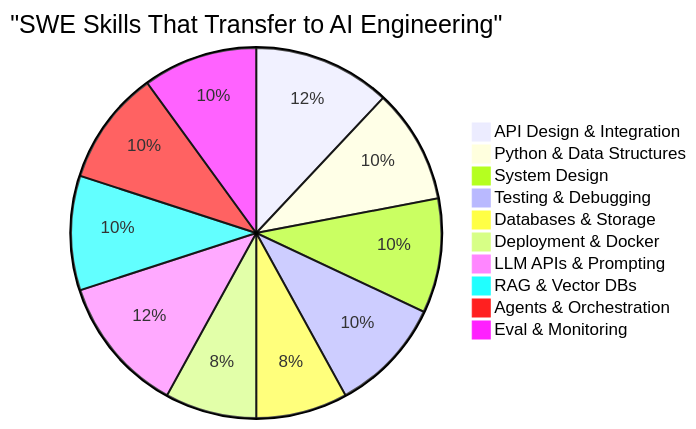
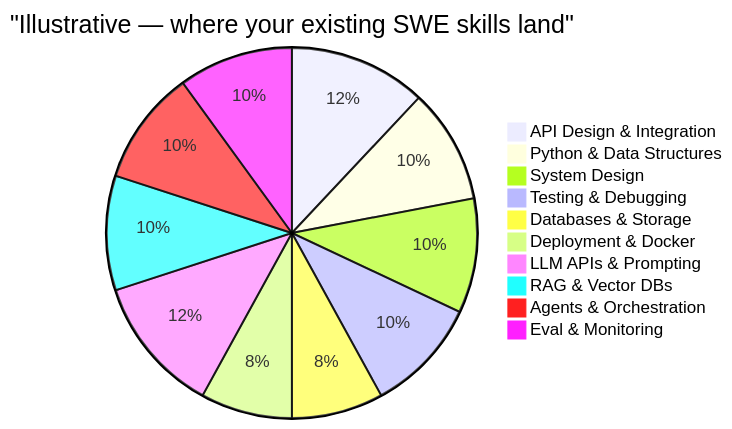
Before and after one commit to akshkr/akashnotes: the third of 5 diagrams in Phase_0_Getting_Started/Day_001_ai_engineering_career_map/ai_engineering_career_map.md, drawn with Mermaid. The commit also changed other lines of this file and 95 other files, not shown here.

````diff
--- a/Phase_0_Getting_Started/Day_001_ai_engineering_career_map/ai_engineering_career_map.md
+++ b/Phase_0_Getting_Started/Day_001_ai_engineering_career_map/ai_engineering_career_map.md
@@ -130,13 +132,13 @@
 ```mermaid
-pie title "SWE Skills That Transfer to AI Engineering"
+pie title "Illustrative — where your existing SWE skills land"
     "API Design & Integration" : 12
     "Python & Data Structures" : 10
     "System Design" : 10
     "Testing & Debugging" : 10
     "Databases & Storage" : 8
     "Deployment & Docker" : 8
     "LLM APIs & Prompting" : 12
     "RAG & Vector DBs" : 10
     "Agents & Orchestration" : 10
     "Eval & Monitoring" : 10
 ```
````
